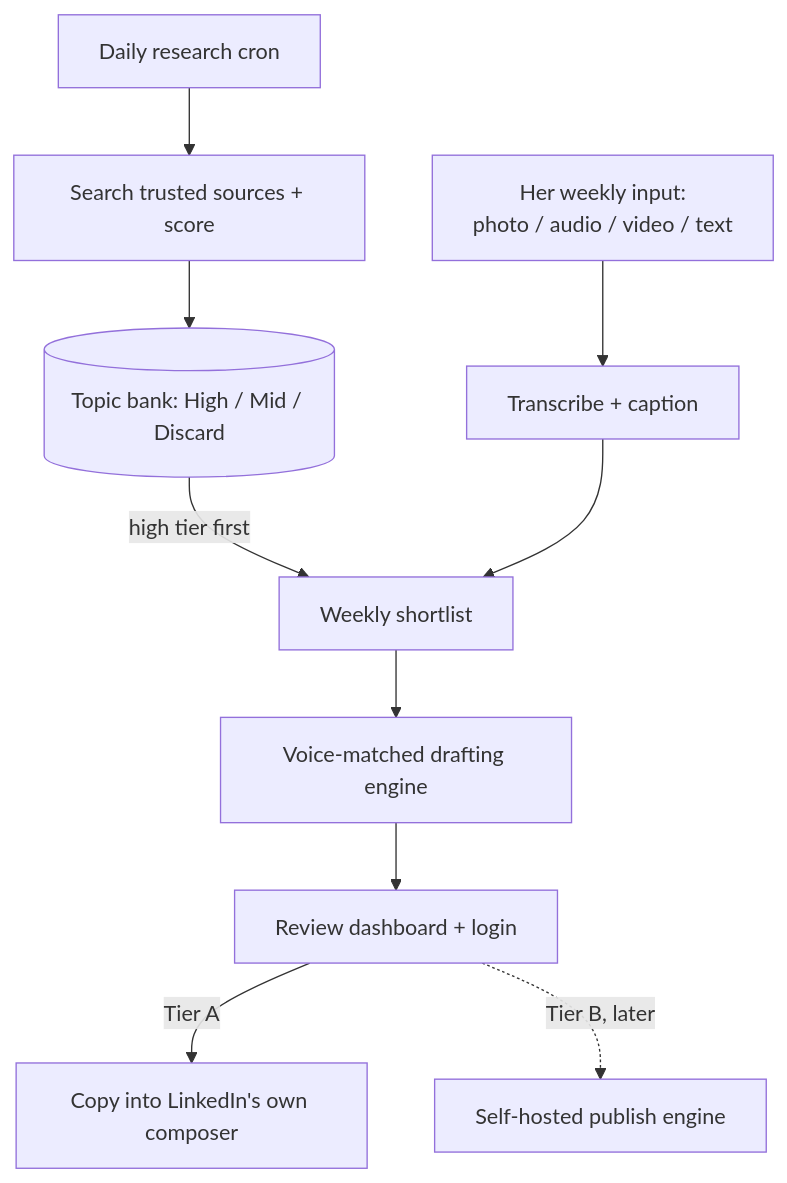
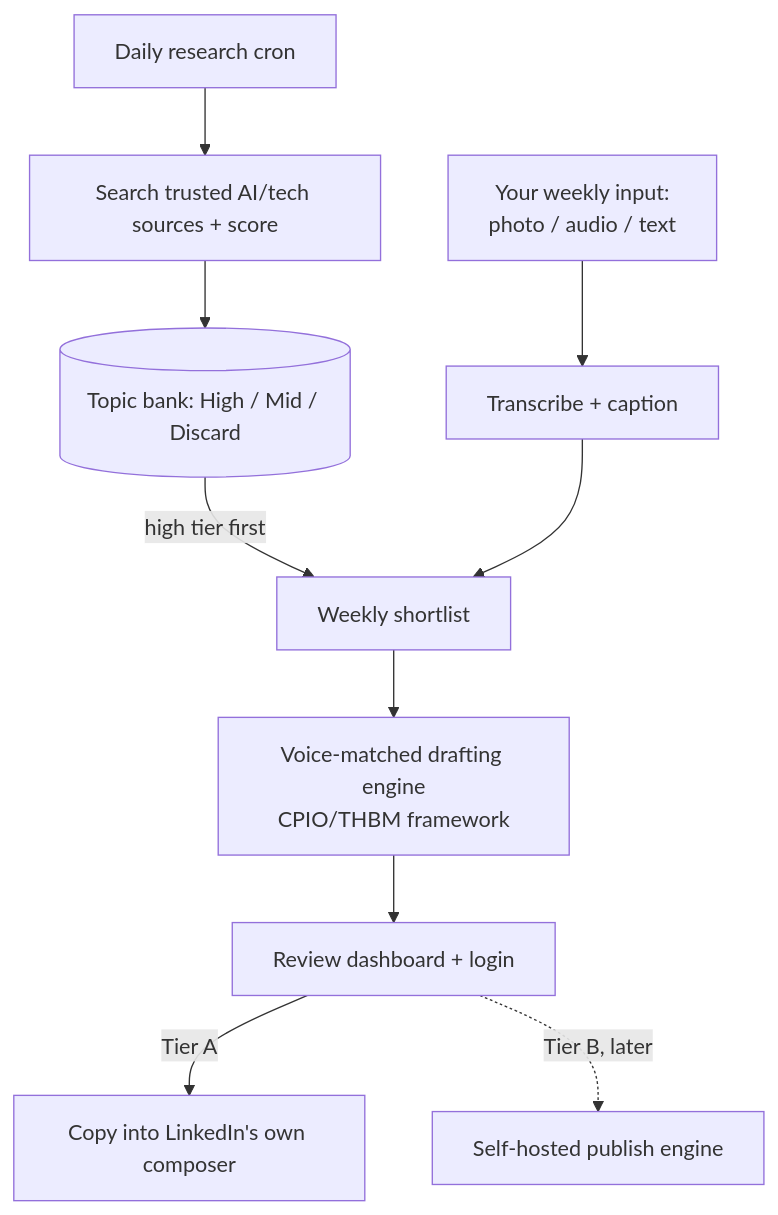
Before and after one commit to jamesbaroniharrison-maker/Post-Creator: the diagram in content-engine-spec.md, drawn with Mermaid. The commit also changed other lines of this file and 125 other files, not shown here.

````diff
--- a/content-engine-spec.md
+++ b/content-engine-spec.md
@@ -21,12 +33,12 @@
 ```mermaid
 flowchart TD
-    A[Daily research cron] --> B[Search trusted sources + score]
+    A[Daily research cron] --> B[Search trusted AI/tech sources + score]
     B --> C[(Topic bank: High / Mid / Discard)]
     C -->|high tier first| D[Weekly shortlist]
-    E[Her weekly input:<br/>photo / audio / video / text] --> F[Transcribe + caption]
+    E[Your weekly input:<br/>photo / audio / text] --> F[Transcribe + caption]
     F --> D
-    D --> G[Voice-matched drafting engine]
+    D --> G[Voice-matched drafting engine<br/>CPIO/THBM framework]
     G --> H[Review dashboard + login]
     H -->|Tier A| I[Copy into LinkedIn's own composer]
     H -.->|Tier B, later| J[Self-hosted publish engine]
 ```
````
